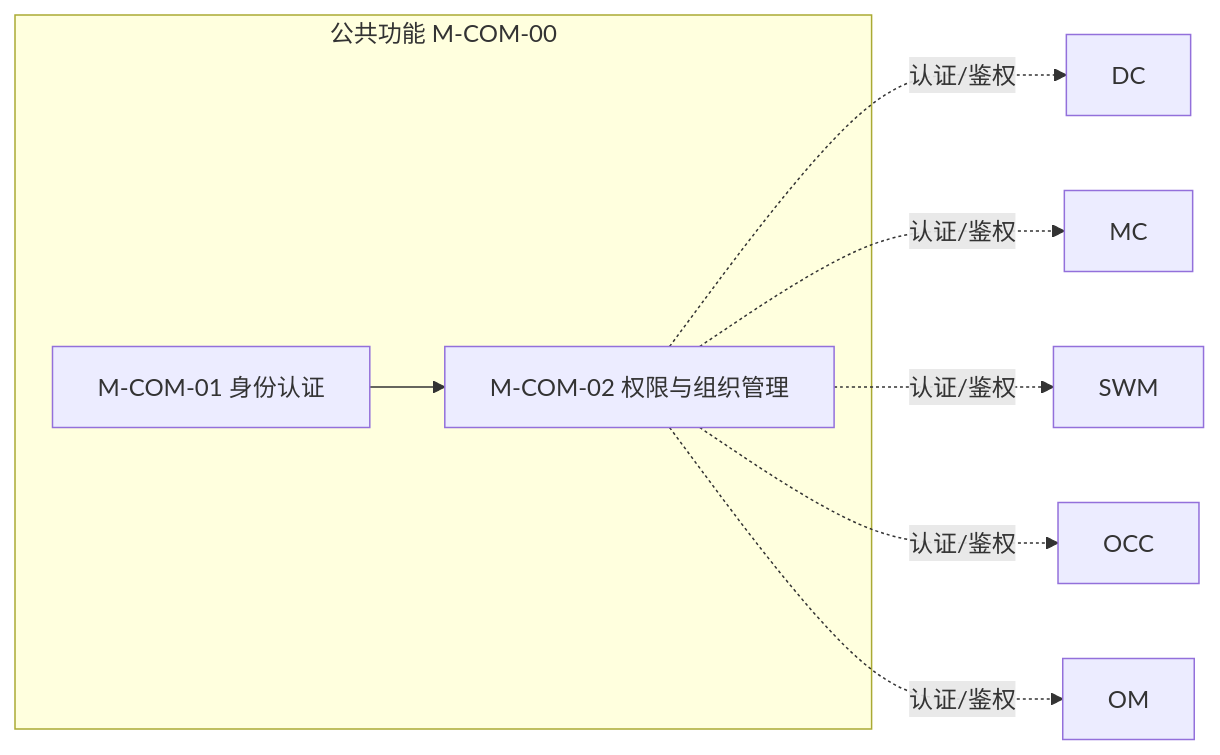
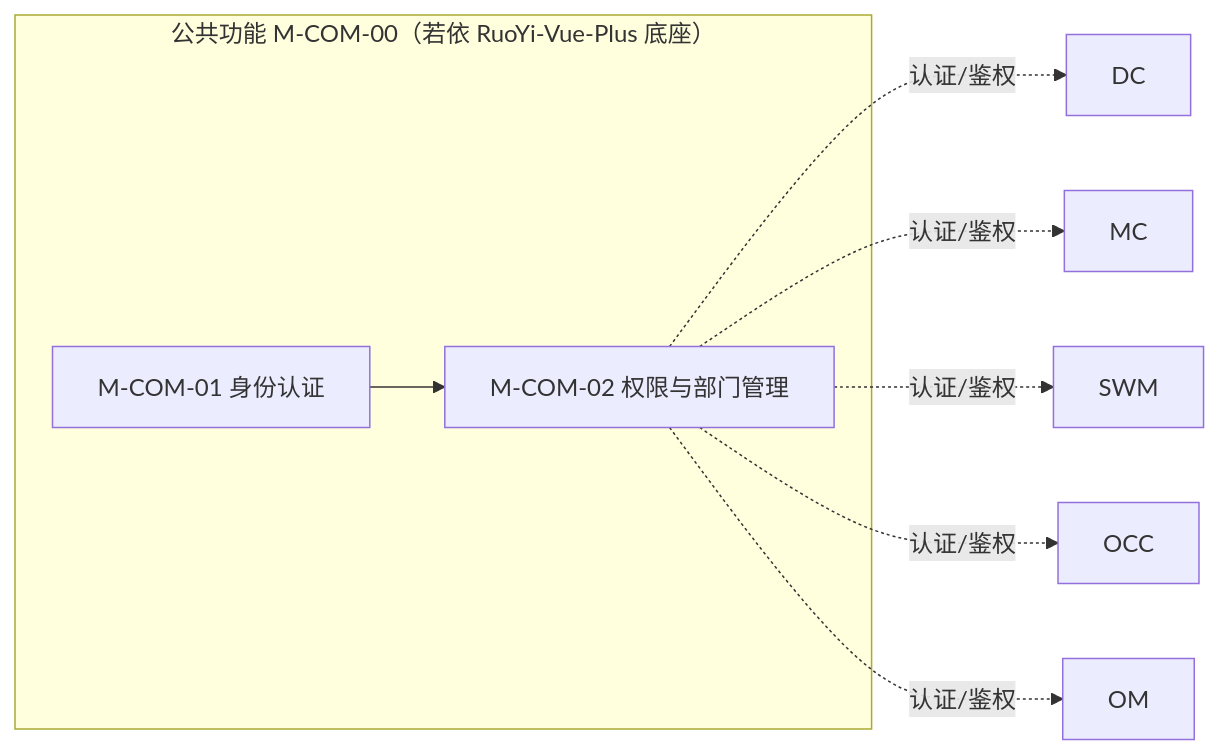
Before and after one commit to Sj-g/obsidian: diagram 12 of 14 in 公司项目/认知作战/文档/软件概要设计说明.md, drawn with Mermaid. The commit also changed other lines of this file and 4 other files, not shown here.

````diff
--- a/公司项目/认知作战/文档/软件概要设计说明.md
+++ b/公司项目/认知作战/文档/软件概要设计说明.md
@@ -514,9 +515,9 @@
 ```mermaid
 flowchart LR
-    subgraph COM["公共功能 M-COM-00"]
+    subgraph COM["公共功能 M-COM-00（若依 RuoYi-Vue-Plus 底座）"]
         COM1["M-COM-01 身份认证"]
-        COM2["M-COM-02 权限与组织管理"]
+        COM2["M-COM-02 权限与部门管理"]
         COM1 --> COM2
     end
     COM2 -.->|"认证/鉴权"| DC & MC & SWM & OCC & OM
 ```
````
